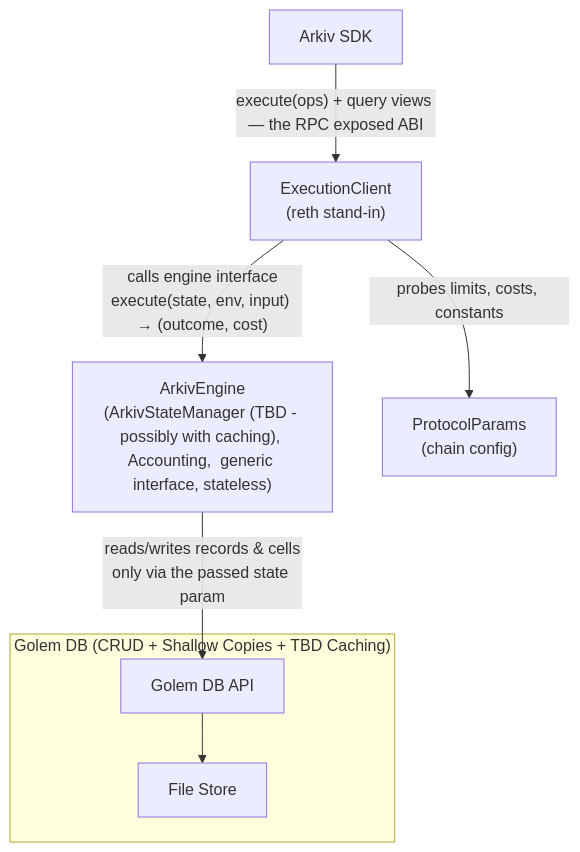
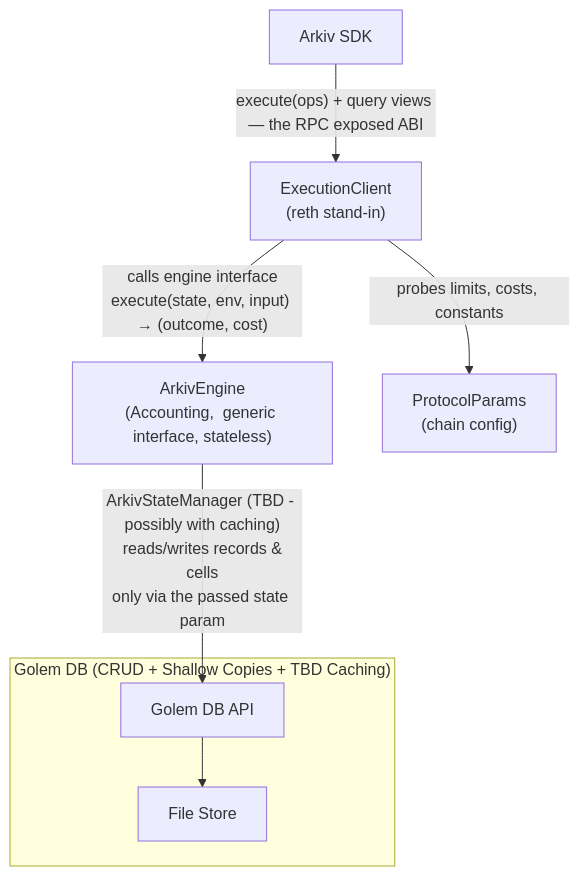
The diagram in docs/arkiv-engine.md (Arkiv-Network/arkiv-contracts), drawn with Mermaid before and after one commit.

````diff
--- a/docs/arkiv-engine.md
+++ b/docs/arkiv-engine.md
@@ -5,18 +5,18 @@
 ```mermaid
 graph TD
     SDK["Arkiv SDK"]
     EC["ExecutionClient<br/>(reth stand-in)"]
-    AE["ArkivEngine<br/>(ArkivStateManager (TBD - possibly with caching), Accounting,  generic interface, stateless)"]
+    AE["ArkivEngine<br/>(Accounting,  generic interface, stateless)"]
     PP["ProtocolParams<br/>(chain config)"]
 
     subgraph GD["Golem DB (CRUD + Shallow Copies + TBD Caching)"]
         RS["Golem DB API"]
         FS["File Store"]
         RS --> FS
     end
 
     SDK -->|"execute(ops) + query views — the RPC exposed ABI"| EC
     EC -->|"probes limits, costs, constants"| PP
     EC -->|"calls engine interface<br/>execute(state, env, input) → (outcome, cost)"| AE
-    AE -->|"reads/writes records & cells<br/>only via the passed state param"| RS
+    AE -->|"ArkivStateManager (TBD - possibly with caching)<br /> reads/writes records & cells<br/>only via the passed state param"| RS
 ```
````
